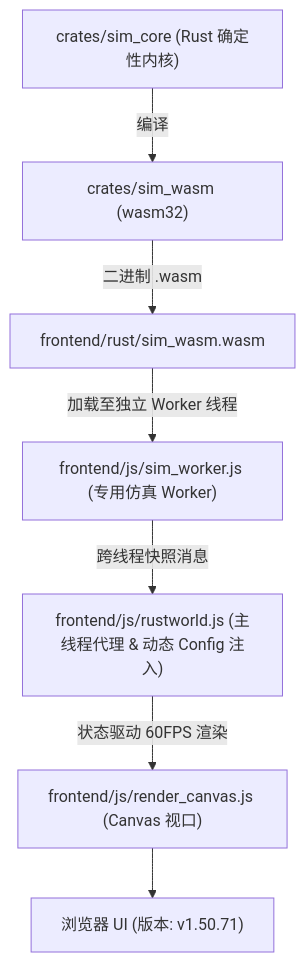
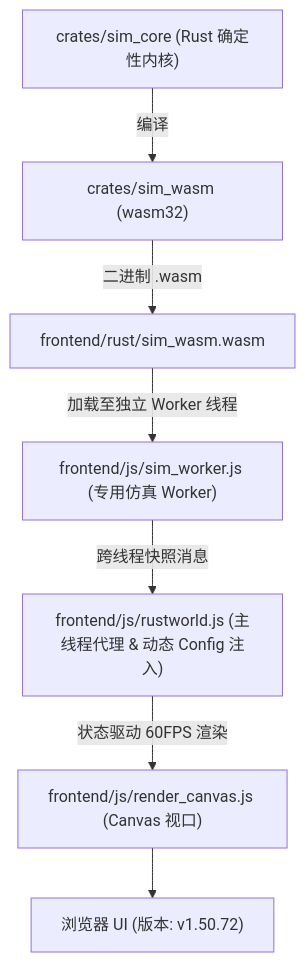
One commit to g39088902/FlowAndAccord changed the diagram in AGENTS.md. Above: the diagram before and after it, drawn with Mermaid. The commit also changed other lines of this file and 16 other files, not shown here.

````diff
--- a/AGENTS.md
+++ b/AGENTS.md
@@ -61,10 +61,10 @@
 ```mermaid
 graph TD
     A["crates/sim_core (Rust 确定性内核)"] -->|编译| B["crates/sim_wasm (wasm32)"]
     B -->|二进制 .wasm| C["frontend/rust/sim_wasm.wasm"]
     C -->|加载至独立 Worker 线程| D["frontend/js/sim_worker.js (专用仿真 Worker)"]
     D -->|跨线程快照消息| E["frontend/js/rustworld.js (主线程代理 & 动态 Config 注入)"]
     E -->|状态驱动 60FPS 渲染| F["frontend/js/render_canvas.js (Canvas 视口)"]
-    F --> G["浏览器 UI (版本: v1.50.71)"]
+    F --> G["浏览器 UI (版本: v1.50.72)"]
 
 ```
````
